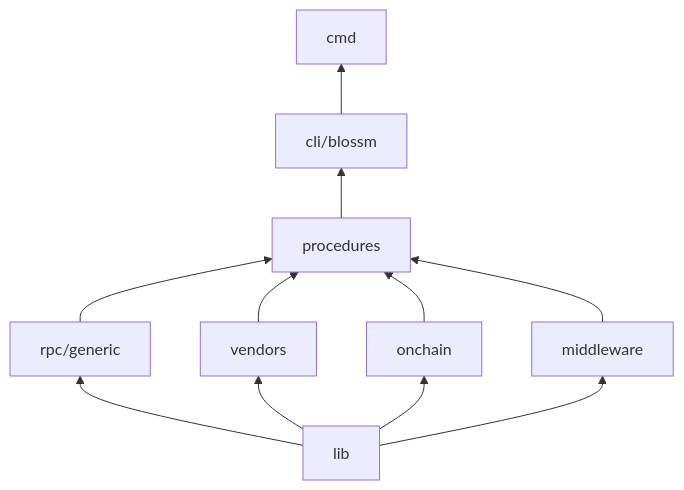
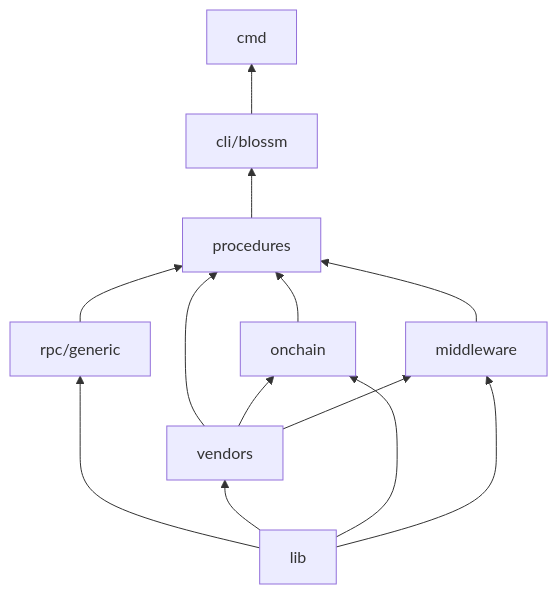
Before and after one commit to mejango/blossm-toolbox-go: the diagram in docs/HIERARCHY.md, drawn with Mermaid. The commit also changed other lines of this file and 14 other files, not shown here.

````diff
--- a/docs/HIERARCHY.md
+++ b/docs/HIERARCHY.md
@@ -16,13 +16,15 @@
 ```mermaid
 flowchart BT
     L[lib] --> R[rpc/generic]
     L --> V[vendors]
     L --> O[onchain]
     L --> M[middleware]
     R --> P[procedures]
     V --> P
+    V --> O
+    V --> M
     O --> P
     M --> P
     P --> C[cli/blossm]
     C --> E[cmd]
 ```
````
